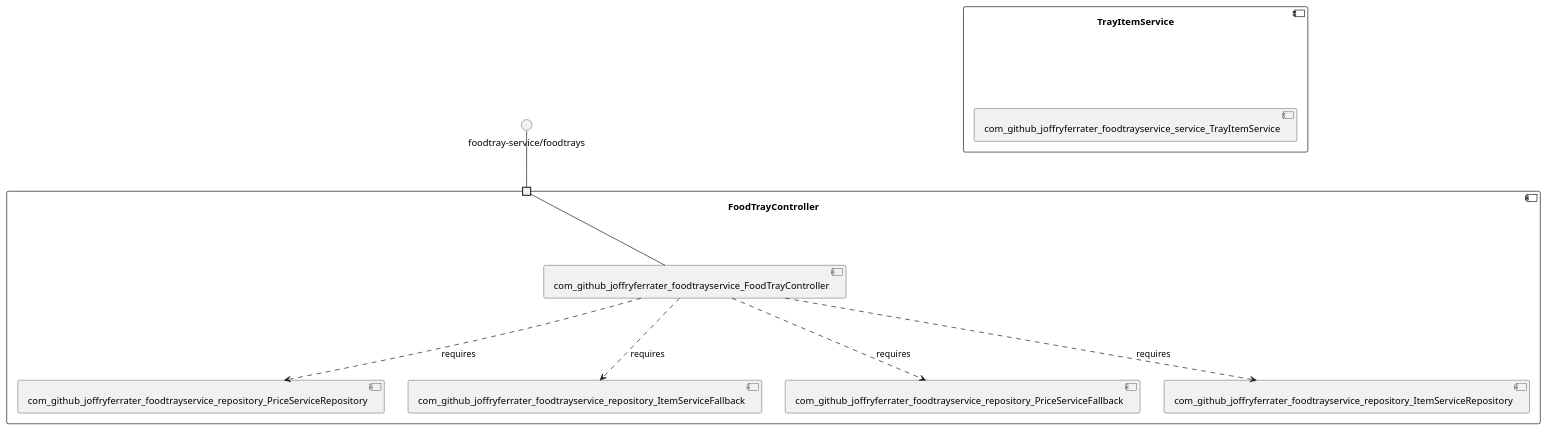
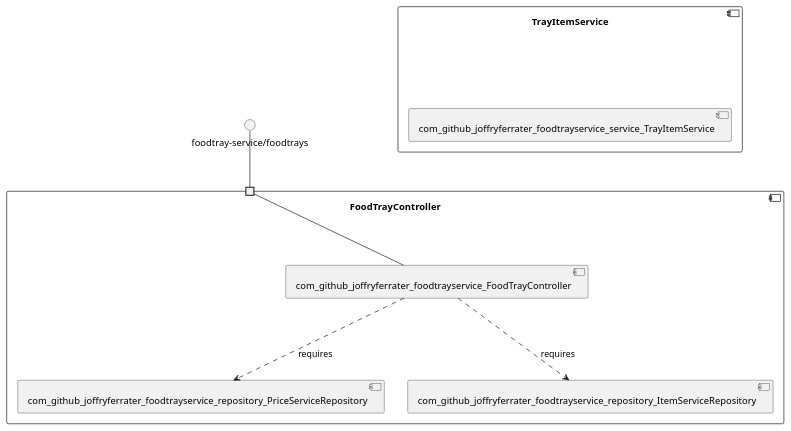
The diagram in jferrater-tap-and-eat-microservices/model_re/uml/componentDiagram.puml (View-Based-Reverse-Engineering/Retriever-Benchmark), drawn with PlantUML before and after one commit. The commit also changed 181 other files, not shown here.

```diff
--- a/jferrater-tap-and-eat-microservices/model_re/uml/componentDiagram.puml
+++ b/jferrater-tap-and-eat-microservices/model_re/uml/componentDiagram.puml
@@ -1,22 +1,18 @@
 @startuml
 skinparam fixCircleLabelOverlapping true
 component "FoodTrayController\n\n\n\n\n\n" {
 [com_github_joffryferrater_foodtrayservice_repository_PriceServiceRepository]
-[com_github_joffryferrater_foodtrayservice_repository_ItemServiceFallback]
 [com_github_joffryferrater_foodtrayservice_FoodTrayController]
-[com_github_joffryferrater_foodtrayservice_repository_PriceServiceFallback]
 [com_github_joffryferrater_foodtrayservice_repository_ItemServiceRepository]
 portin " " as FoodTrayController.requires.foodtray_service_foodtrays
+[com_github_joffryferrater_foodtrayservice_FoodTrayController]..>[com_github_joffryferrater_foodtrayservice_repository_ItemServiceRepository] : requires
 [com_github_joffryferrater_foodtrayservice_FoodTrayController]..>[com_github_joffryferrater_foodtrayservice_repository_PriceServiceRepository] : requires
-[com_github_joffryferrater_foodtrayservice_FoodTrayController]..>[com_github_joffryferrater_foodtrayservice_repository_PriceServiceFallback] : requires
-[com_github_joffryferrater_foodtrayservice_FoodTrayController]..>[com_github_joffryferrater_foodtrayservice_repository_ItemServiceFallback] : requires
-[com_github_joffryferrater_foodtrayservice_FoodTrayController]..>[com_github_joffryferrater_foodtrayservice_repository_ItemServiceRepository] : requires
 "FoodTrayController.requires.foodtray_service_foodtrays"--[com_github_joffryferrater_foodtrayservice_FoodTrayController]
 }
 interface "foodtray-service/foodtrays" as interface.foodtray_service_foodtrays
 interface.foodtray_service_foodtrays--"FoodTrayController.requires.foodtray_service_foodtrays"
 component "TrayItemService\n\n\n\n\n\n" {
 [com_github_joffryferrater_foodtrayservice_service_TrayItemService]
 }
 
 @enduml
```
